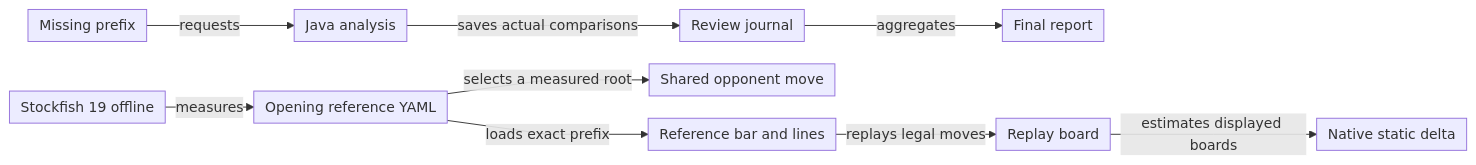
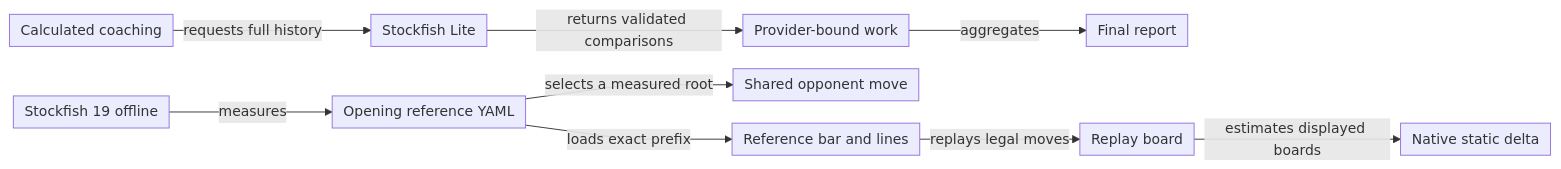
The diagram in docs/board/analysis-sources.md (crististefanita/chess), drawn with Mermaid before and after one commit. The commit also changed other lines of this file and 70 other files, not shown here.

Commit message:
Integrate pinned Stockfish Lite coaching on Web and Android

````diff
--- a/docs/board/analysis-sources.md
+++ b/docs/board/analysis-sources.md
@@ -24,12 +24,12 @@
 ```mermaid
 %%{init: {"themeVariables":{"fontSize":"15px"},"themeCSS":".edgeLabel, .edgeLabel p { font-size: 12px !important; } .node rect { rx: 6px; ry: 6px; }","flowchart":{"curve":"linear","nodeSpacing":24,"rankSpacing":22,"padding":6},"sequence":{"mirrorActors":false,"messageMargin":24,"wrap":true}}}%%
 flowchart LR
     SF["Stockfish 19 offline"] -->|measures| YAML["Opening reference YAML"]
     YAML -->|loads exact prefix| Ref["Reference bar and lines"]
     YAML -->|selects a measured root| Opponent["Shared opponent move"]
-    Missing["Missing prefix"] -->|requests| Native["Java analysis"]
-    Native -->|saves actual comparisons| Journal["Review journal"]
+    Live["Calculated coaching"] -->|requests full history| SFLocal["Stockfish Lite"]
+    SFLocal -->|returns validated comparisons| Journal["Provider-bound work"]
     Journal -->|aggregates| Final["Final report"]
     Ref -->|replays legal moves| Preview["Replay board"]
     Preview -->|estimates displayed boards| Static["Native static delta"]
 ```
````
